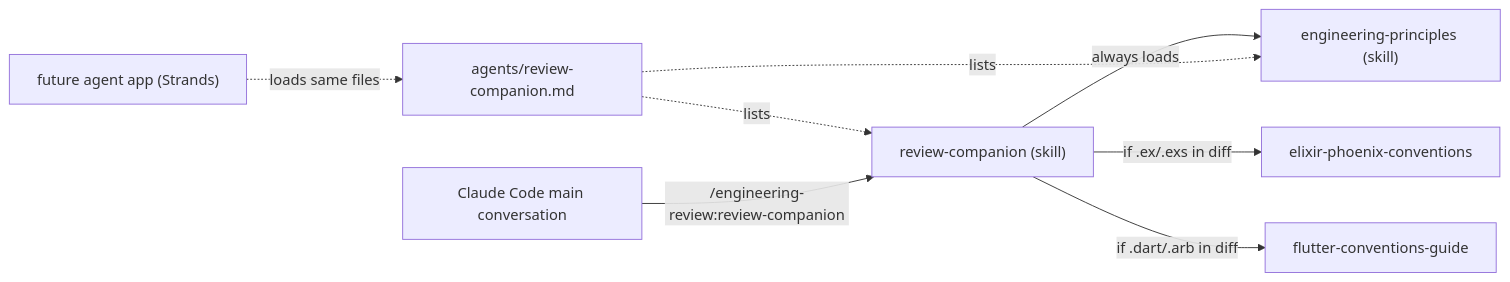
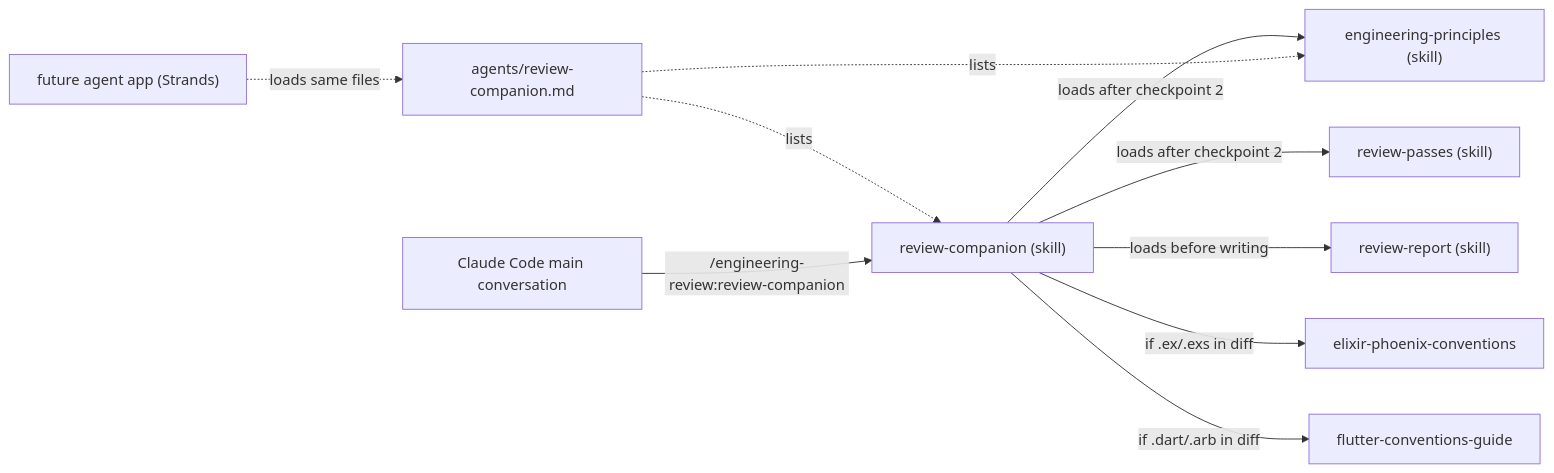
The first of 4 diagrams in docs/superpowers/specs/2026-09-29-engineering-review-design.md (colette-club/colette-marketplace), drawn with Mermaid before and after one commit. The commit also changed other lines of this file and 34 other files, not shown here.

First line of the commit message:
feat(engineering-review): add side-effects, concurrency and conventions passes

````diff
--- a/docs/superpowers/specs/2026-09-29-engineering-review-design.md
+++ b/docs/superpowers/specs/2026-09-29-engineering-review-design.md
@@ -90,10 +81,12 @@
 ```mermaid
 flowchart LR
-  RC["review-companion (skill)"] -->|always loads| EP["engineering-principles (skill)"]
+  RC["review-companion (skill)"] -->|loads after checkpoint 2| EP["engineering-principles (skill)"]
+  RC -->|loads after checkpoint 2| RP["review-passes (skill)"]
+  RC -->|loads before writing| RR["review-report (skill)"]
   RC -->|if .ex/.exs in diff| EX["elixir-phoenix-conventions"]
   RC -->|if .dart/.arb in diff| FL["flutter-conventions-guide"]
   AG["agents/review-companion.md"] -.->|lists| RC
   AG -.->|lists| EP
   CC["Claude Code main conversation"] -->|"/engineering-review:review-companion"| RC
   APP["future agent app (Strands)"] -.->|loads same files| AG
 ```
````
